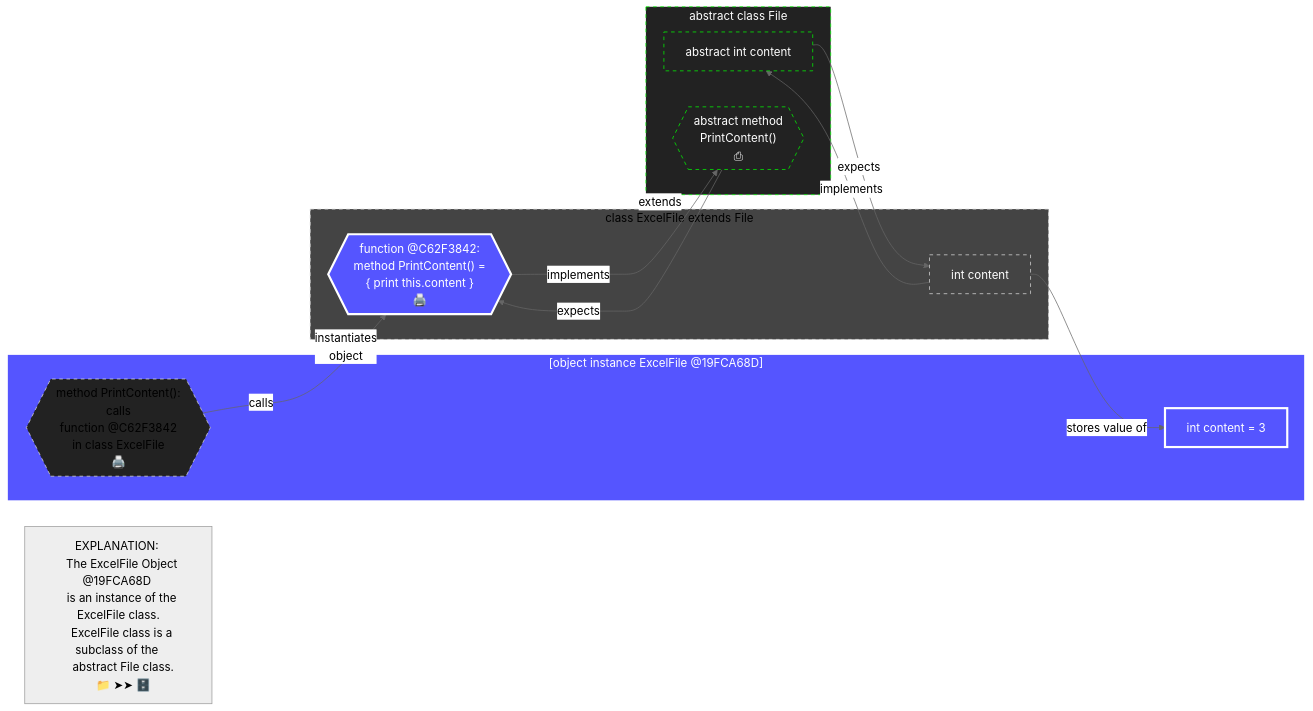
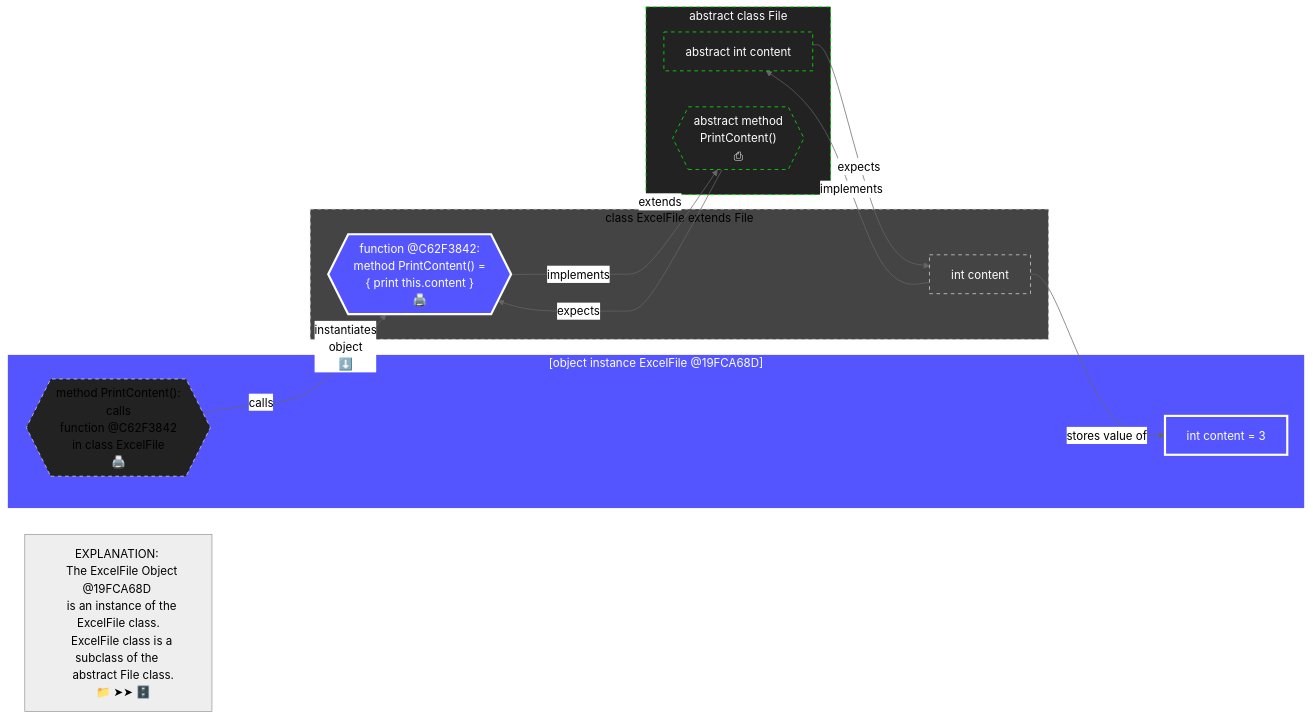
Before and after one commit to realityexpander/How_to_program_from_ground_up: the fifth of 6 diagrams in 09-ClassOrientedProgramming.md, drawn with Mermaid (neutral theme). The commit also changed other lines of this file, not shown here.

Commit message:
imrpve chart

````diff
--- a/09-ClassOrientedProgramming.md
+++ b/09-ClassOrientedProgramming.md
@@ -639,58 +642,59 @@
    ```mermaid
      flowchart LR
    
      ExcelFileObjectPrintContentMethodFunctionPointer -- calls --> ExcelFileClassPrintContentMethod:::Object
      ExcelFileClassAgeInt -- stores value of --> ExcelFileObjectAgeInt 
      subgraph ExcelFileObject["[object instance ExcelFile @19FCA68D]"]
          ExcelFileObjectAgeInt["int content = 3"]
          ExcelFileObjectPrintContentMethodFunctionPointer{{"method PrintContent(): 
             calls 
             function @C62F3842
             in class ExcelFile
             🖨️
             "}}
      end
      subgraph classExcelFile["class ExcelFile extends File"]
          ExcelFileClassAgeInt["int content"]
          ExcelFileClassPrintContentMethod{{"function @C62F3842:  
             method PrintContent() =
             { print this.content }
             🖨️
             "}}
      end
      abstractAgeInt -- expects --> ExcelFileClassAgeInt
      abstractPrintContentMethod -- expects --> ExcelFileClassPrintContentMethod:::Object
      ExcelFileClassAgeInt -- implements --> abstractAgeInt:::Abstract
    
      note["
         EXPLANATION: 
         The ExcelFile Object @19FCA68D 
         is an instance of the ExcelFile class.
         ExcelFile class is a subclass of the 
         abstract File class.
         📁 ➤➤ 🗄️"]
      
      classExcelFile -- "instantiates 
-                        object" --> ExcelFileObject:::Object
+                        object
+                        ⬇️" --> ExcelFileObject:::Object
      classExcelFile -- extends ---> abstractFile:::Abstract
      ExcelFileClassPrintContentMethod -- implements --> abstractPrintContentMethod:::Abstract
      subgraph abstractFile["abstract class File"]
        abstractAgeInt["abstract int content"]
        abstractPrintContentMethod{{"
           abstract method 
           PrintContent()
           ⎙
           "}}
      end
    
      classDef Abstract fill:#222, stroke:#0F0, stroke-width:1px, color:#fff, stroke-dasharray: 5 5
      
      classDef Class fill:#444, stroke:#00F, stroke-width:1px, color:#000, stroke-dasharray: 5 5
      %% For nodes that are the source of a link, the style must be defined in the link, not the classDef. 
      style classExcelFile fill:#444, stroke:#DDD, stroke-width:1px, color:#000, stroke-dasharray: 5 5
      style ExcelFileClassAgeInt fill:#444, stroke:#DDD, stroke-width:1px, color:#FFF, stroke-dasharray: 5 5
      
      classDef Object fill:#55F, stroke:#FFF, stroke-width:3px, color:#fff
      style ExcelFileObjectAgeInt fill:#55F, stroke:#FFF, stroke-width:3px, color:#fff
      style ExcelFileObjectPrintContentMethodFunctionPointer fill:#222, stroke:#DDD, stroke-width:1px, color:#000, stroke-dasharray: 5 5
    ```
````
